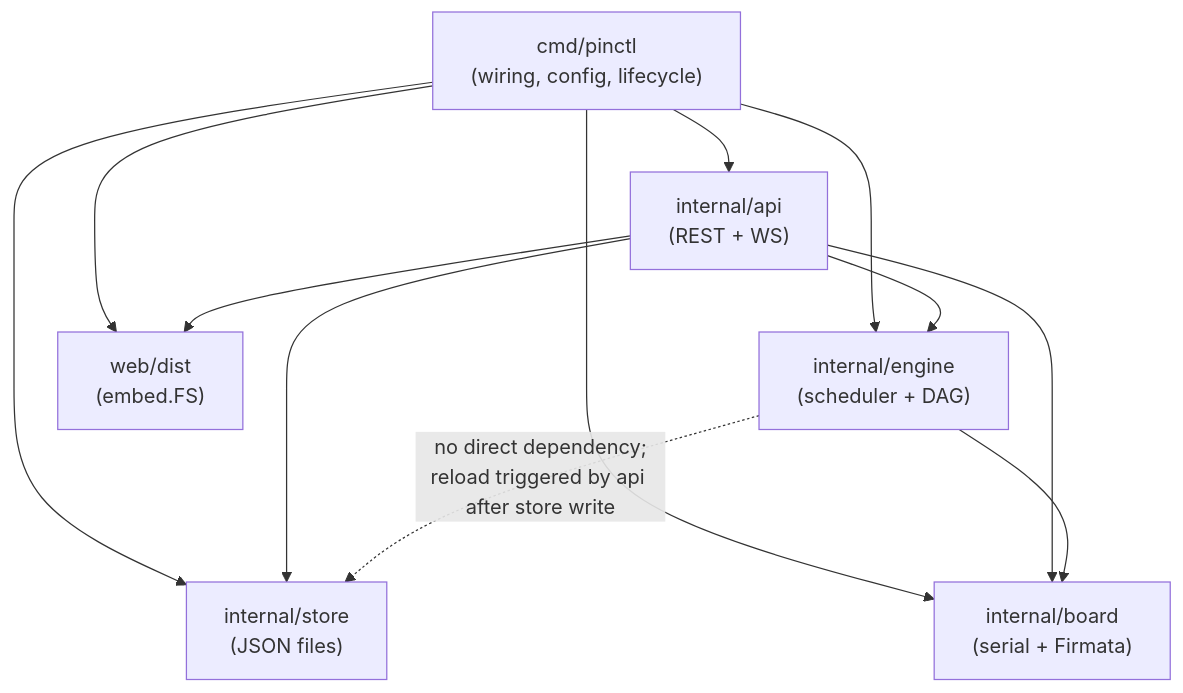
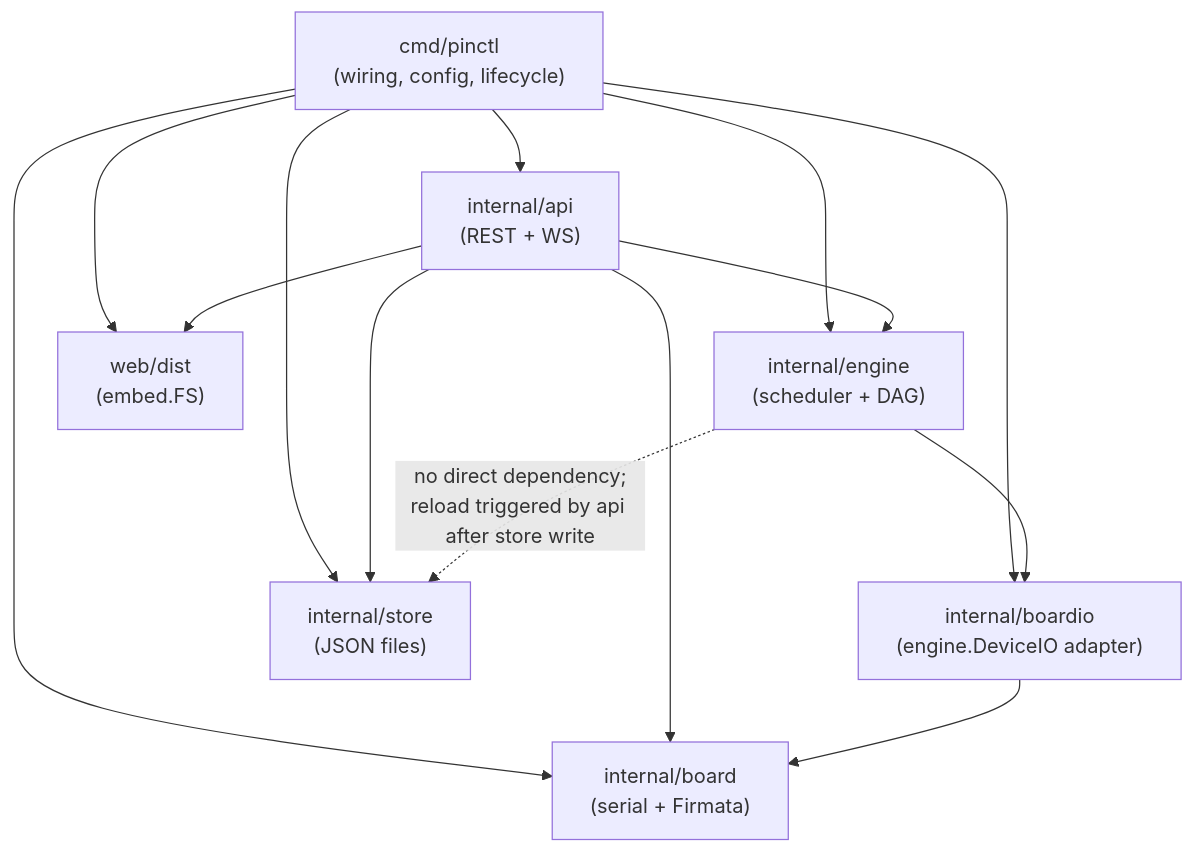
The second of 7 diagrams in docs/03-architecture.md (sviniabanditka/pinctl), drawn with Mermaid before and after one commit. The commit also changed other lines of this file and 12 other files, not shown here.

````diff
--- a/docs/03-architecture.md
+++ b/docs/03-architecture.md
@@ -258,24 +284,27 @@
 ```mermaid
 flowchart TB
     cmd["cmd/pinctl<br/>(wiring, config, lifecycle)"]
     api["internal/api<br/>(REST + WS)"]
     engine["internal/engine<br/>(scheduler + DAG)"]
+    boardio["internal/boardio<br/>(engine.DeviceIO adapter)"]
     board["internal/board<br/>(serial + Firmata)"]
     store["internal/store<br/>(JSON files)"]
     web["web/dist<br/>(embed.FS)"]
 
     cmd --> api
     cmd --> engine
+    cmd --> boardio
     cmd --> board
     cmd --> store
     cmd --> web
 
     api --> store
     api --> engine
     api --> board
     api --> web
 
-    engine --> board
+    engine --> boardio
+    boardio --> board
 
     engine -.->|"no direct dependency;<br/>reload triggered by api after store write"| store
 ```
````
